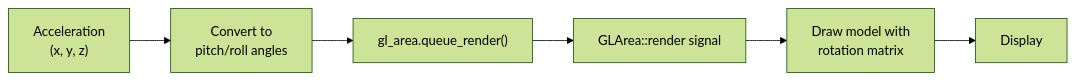
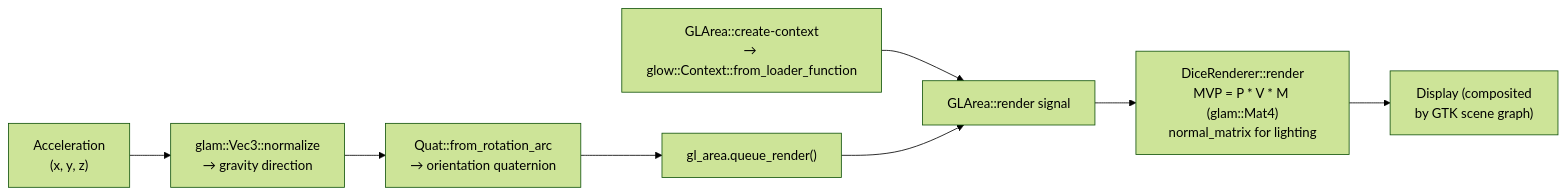
Diagram 28 of 34 in concepts/planned/DICE_RS.md (smearor/dice-rs), drawn with Mermaid (forest theme) before and after one commit. The commit also changed other lines of this file, not shown here.

````diff
--- a/concepts/planned/DICE_RS.md
+++ b/concepts/planned/DICE_RS.md
@@ -3412,11 +4179,14 @@
 ```mermaid
 flowchart LR
     accel["Acceleration\n(x, y, z)"]
-    convert["Convert to\npitch/roll angles"]
+    normalize["glam::Vec3::normalize\n→ gravity direction"]
+    quat["Quat::from_rotation_arc\n→ orientation quaternion"]
     queue["gl_area.queue_render()"]
+    createContext["GLArea::create-context\n→ glow::Context::from_loader_function"]
     render["GLArea::render signal"]
-    draw["Draw model with\nrotation matrix"]
-    display["Display"]
+    mvp["DiceRenderer::render\nMVP = P * V * M (glam::Mat4)\nnormal_matrix for lighting"]
+    display["Display (composited\nby GTK scene graph)"]
 
-    accel --> convert --> queue --> render --> draw --> display
+    createContext --> render
+    accel --> normalize --> quat --> queue --> render --> mvp --> display
 ```
````
